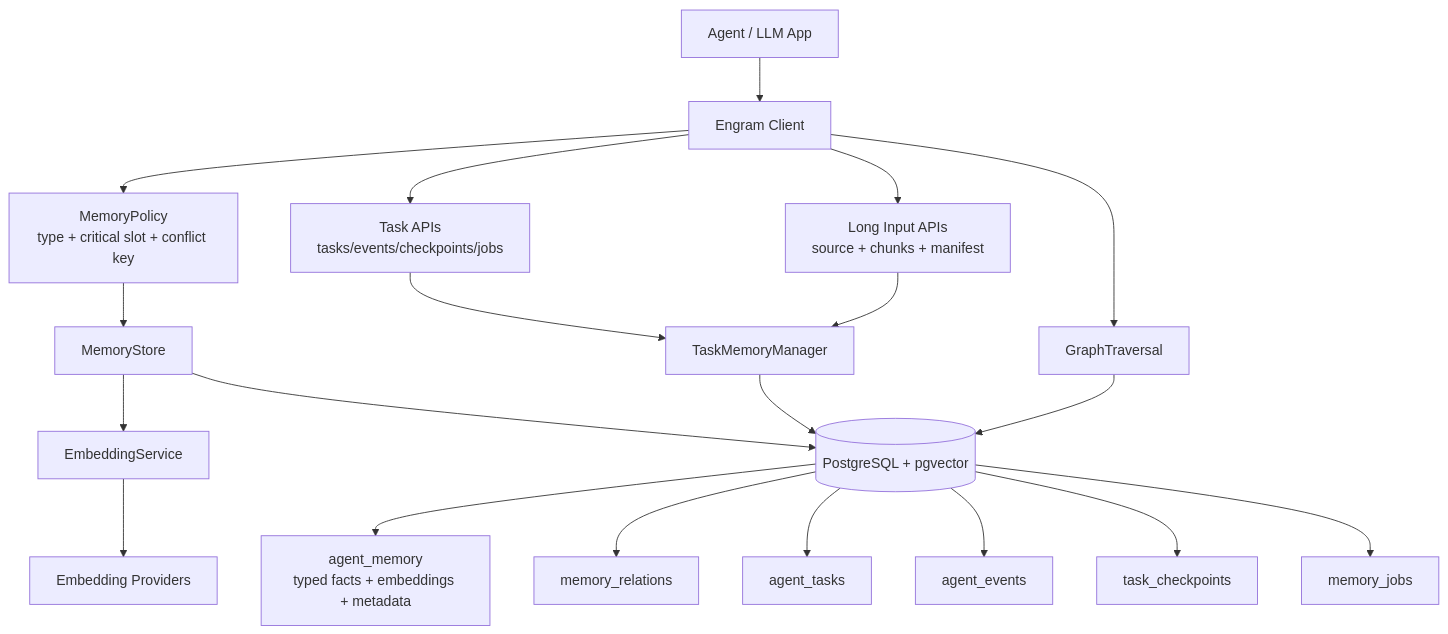
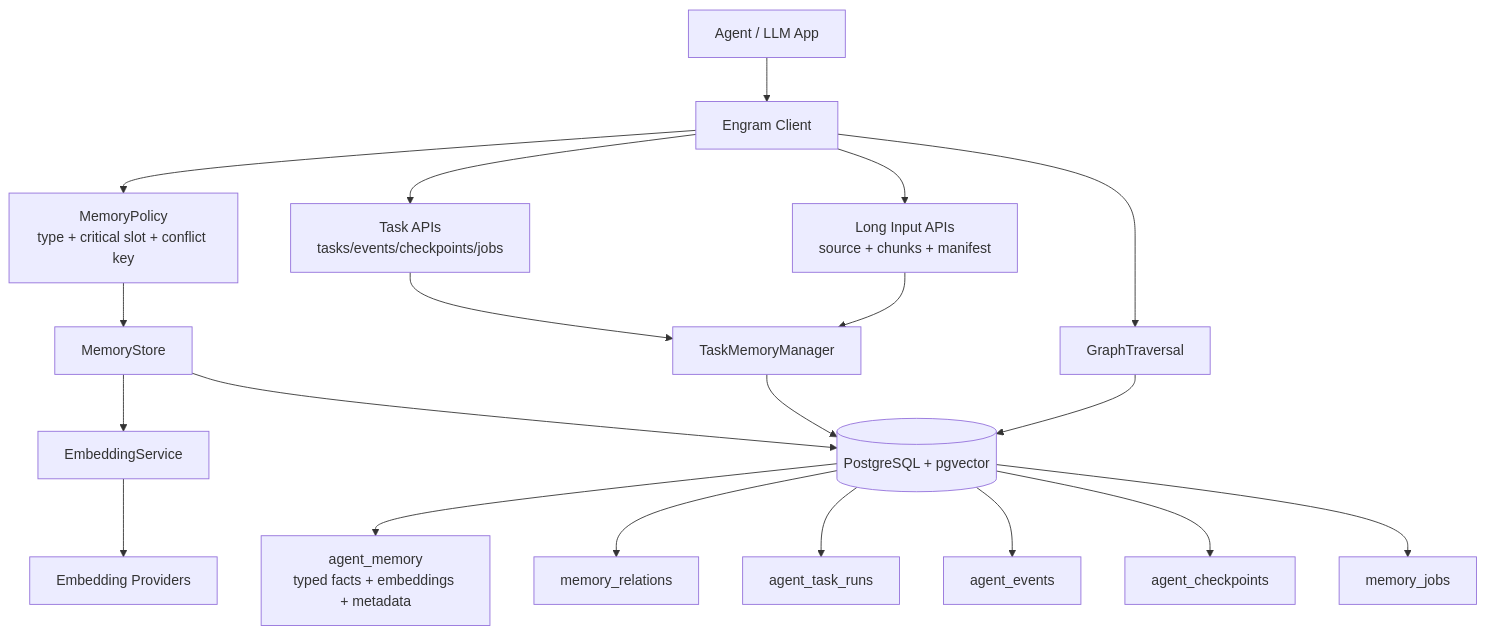
The first of 7 diagrams in docs/diagram.md (ahammadnafiz/engram), drawn with Mermaid before and after one commit. The commit also changed other lines of this file and 11 other files, not shown here.

Commit message:
Fix memory type schema constraint

````diff
--- a/docs/diagram.md
+++ b/docs/diagram.md
@@ -5,26 +5,26 @@
 ```mermaid
 flowchart TD
     App["Agent / LLM App"] --> Client["Engram Client"]
 
     Client --> Policy["MemoryPolicy<br/>type + critical slot + conflict key"]
     Client --> TaskAPI["Task APIs<br/>tasks/events/checkpoints/jobs"]
     Client --> LongInput["Long Input APIs<br/>source + chunks + manifest"]
     Client --> Graph["GraphTraversal"]
 
     Policy --> MemoryStore["MemoryStore"]
     MemoryStore --> Embed["EmbeddingService"]
     Embed --> Providers["Embedding Providers"]
 
     TaskAPI --> TaskMgr["TaskMemoryManager"]
     LongInput --> TaskMgr
     Graph --> DB[("PostgreSQL + pgvector")]
     MemoryStore --> DB
     TaskMgr --> DB
 
     DB --> Fact["agent_memory<br/>typed facts + embeddings + metadata"]
     DB --> Relations["memory_relations"]
-    DB --> Tasks["agent_tasks"]
+    DB --> Tasks["agent_task_runs"]
     DB --> Events["agent_events"]
-    DB --> Checkpoints["task_checkpoints"]
+    DB --> Checkpoints["agent_checkpoints"]
     DB --> Jobs["memory_jobs"]
 ```
````
